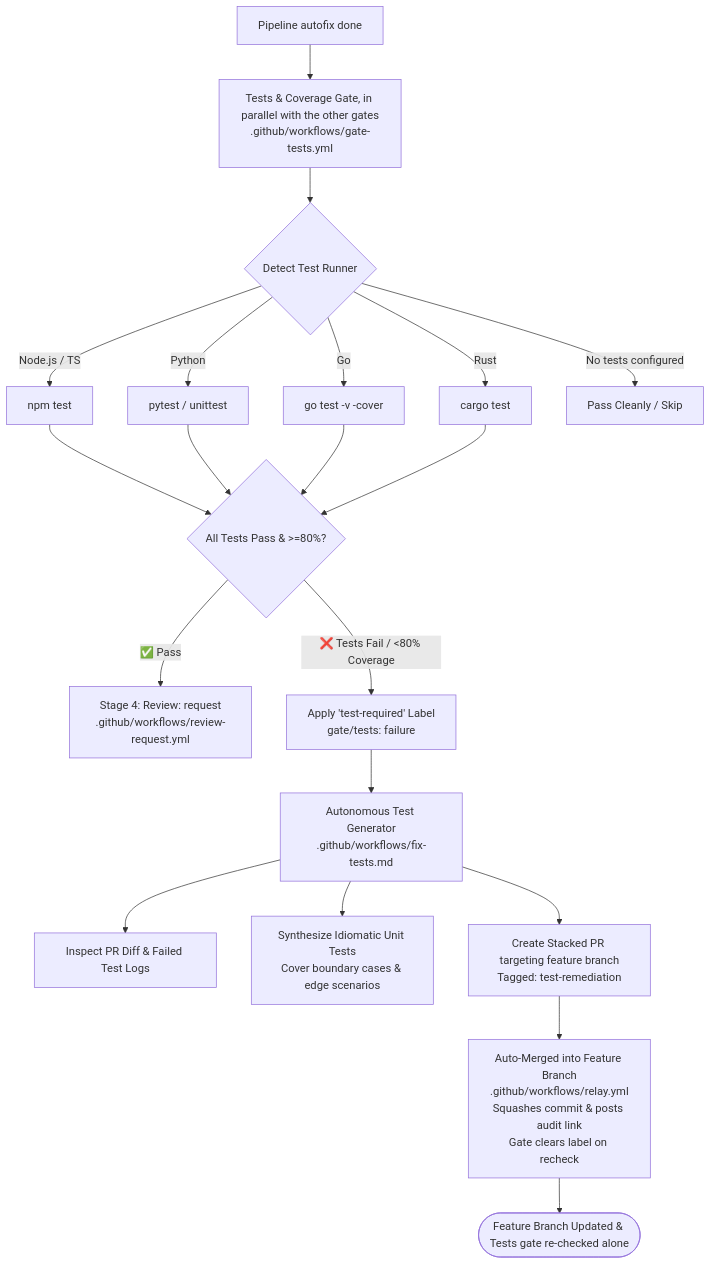
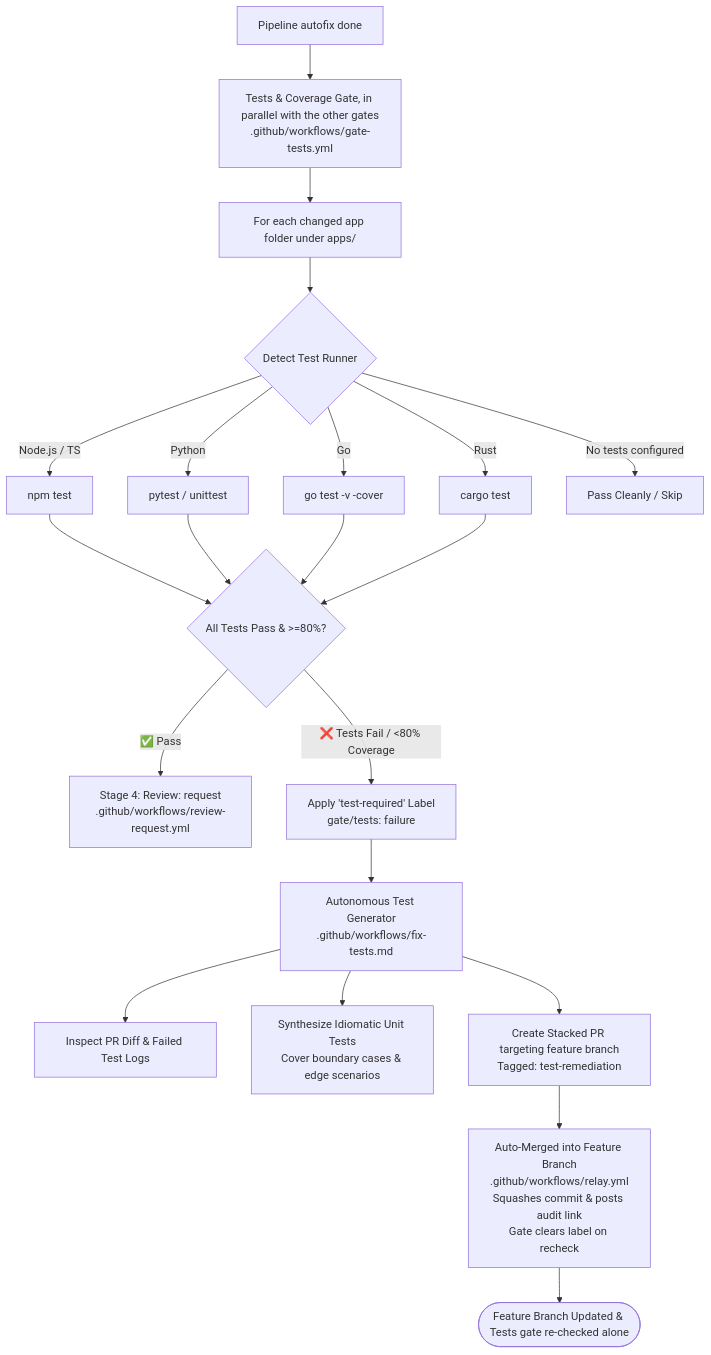
The diagram in docs/tests.md (SitoaderOrg/ForgeFlow), drawn with Mermaid before and after one commit. The commit also changed other lines of this file and 32 other files, not shown here.

First line of the commit message:
refactor: move app files into apps/ and make gates per-app

````diff
--- a/docs/tests.md
+++ b/docs/tests.md
@@ -9,27 +9,28 @@
 ```mermaid
 flowchart TD
     BuildPass[Pipeline autofix done] --> TestGate[Tests & Coverage Gate, in parallel with the other gates\n.github/workflows/gate-tests.yml]
     
-    TestGate --> PolyglotDetect{Detect Test Runner}
+    TestGate --> Apps[For each changed app folder under apps/]
+    Apps --> PolyglotDetect{Detect Test Runner}
     PolyglotDetect -->|Node.js / TS| RunNpm[npm test]
     PolyglotDetect -->|Python| RunPytest[pytest / unittest]
     PolyglotDetect -->|Go| RunGo[go test -v -cover]
     PolyglotDetect -->|Rust| RunCargo[cargo test]
     PolyglotDetect -->|No tests configured| PassClean[Pass Cleanly / Skip]
 
     RunNpm --> StatusCheck{All Tests Pass & >=80%?}
     RunPytest --> StatusCheck
     RunGo --> StatusCheck
     RunCargo --> StatusCheck
 
     StatusCheck -->|✅ Pass| NextGate[Stage 4: Review: request\n.github/workflows/review-request.yml]
     StatusCheck -->|❌ Tests Fail / <80% Coverage| AddLabel[Apply 'test-required' Label\ngate/tests: failure]
 
     AddLabel --> Generator[Autonomous Test Generator\n.github/workflows/fix-tests.md]
     Generator --> Inspect[Inspect PR Diff & Failed Test Logs]
     Generator --> Synthesize[Synthesize Idiomatic Unit Tests\nCover boundary cases & edge scenarios]
     Generator --> StackedPR[Create Stacked PR targeting feature branch\nTagged: test-remediation]
 
     StackedPR --> AutoMerge[Auto-Merged into Feature Branch\n.github/workflows/relay.yml\nSquashes commit & posts audit link\nGate clears label on recheck]
     AutoMerge --> Recheck([Feature Branch Updated & Tests gate re-checked alone])
 ```
````
